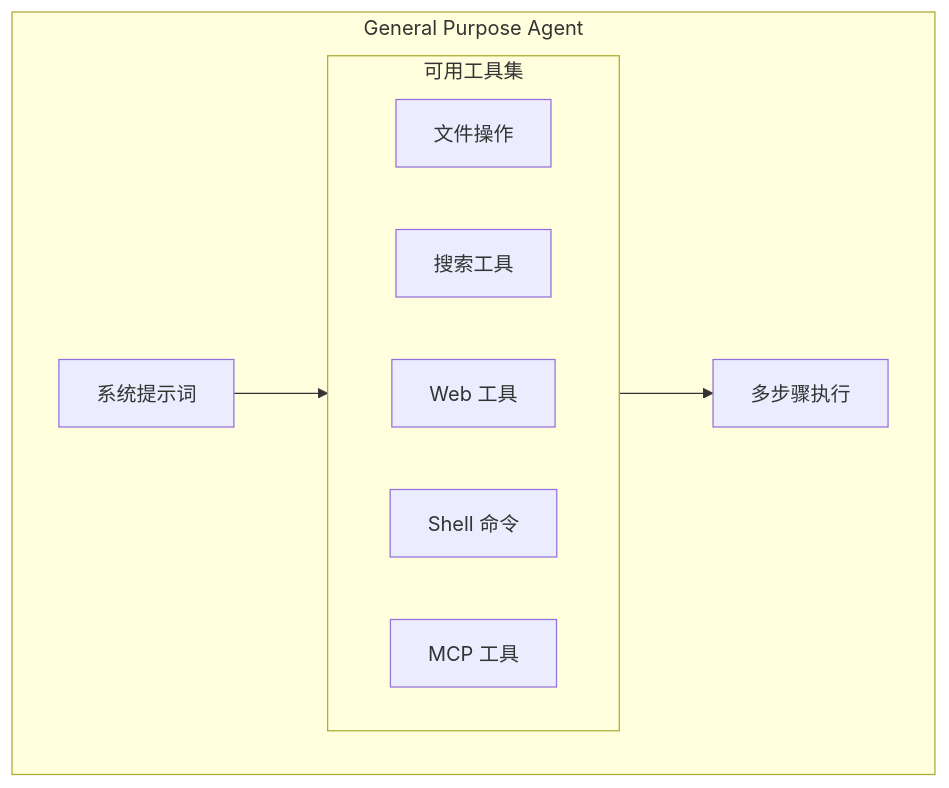
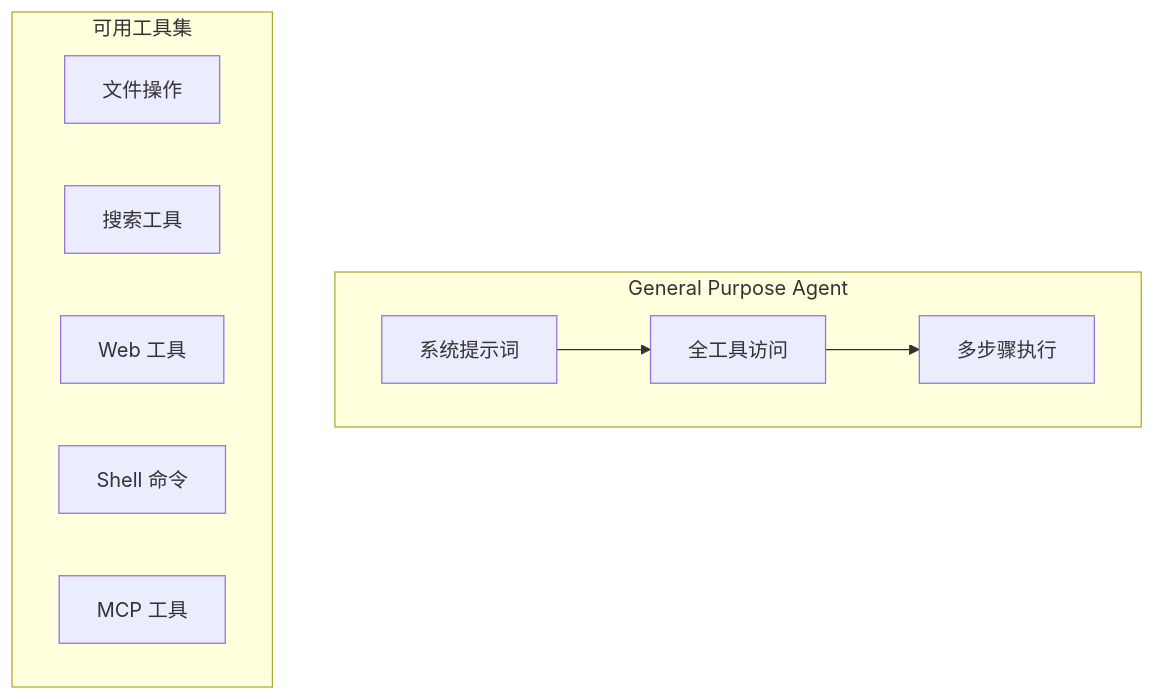
One commit to niuma996/claude-code-sourcemap-wiki changed the first of 2 diagrams in .nium-wiki/wiki/agent/built-in/general-purpose-agent.md. Above: the diagram before and after it, drawn with Mermaid. The commit also changed other lines of this file and 1976 other files, not shown here.

````diff
--- a/.nium-wiki/wiki/agent/built-in/general-purpose-agent.md
+++ b/.nium-wiki/wiki/agent/built-in/general-purpose-agent.md
@@ -50,17 +50,17 @@
 ```mermaid
 flowchart TB
     subgraph GeneralPurposeAgent["General Purpose Agent"]
         SystemPrompt["系统提示词"]
         FullToolAccess["全工具访问"]
         MultiStep["多步骤执行"]
     end
-    subgraph FullToolAccess["可用工具集"]
+    subgraph FullToolAccess_sub["可用工具集"]
         FileOps["文件操作"]
         Search["搜索工具"]
         Web["Web 工具"]
         Bash["Shell 命令"]
         MCP["MCP 工具"]
     end
     SystemPrompt --> FullToolAccess
     FullToolAccess --> MultiStep
 ```
````
